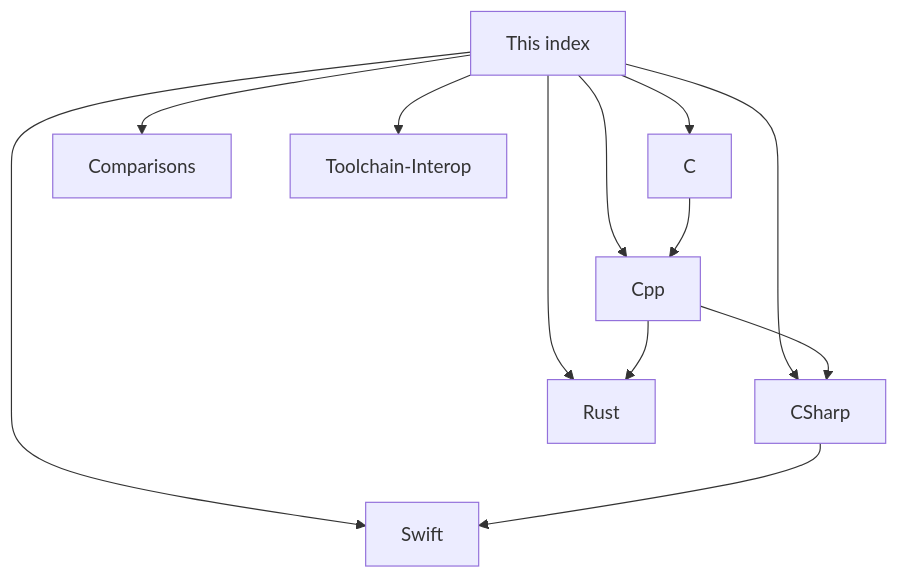
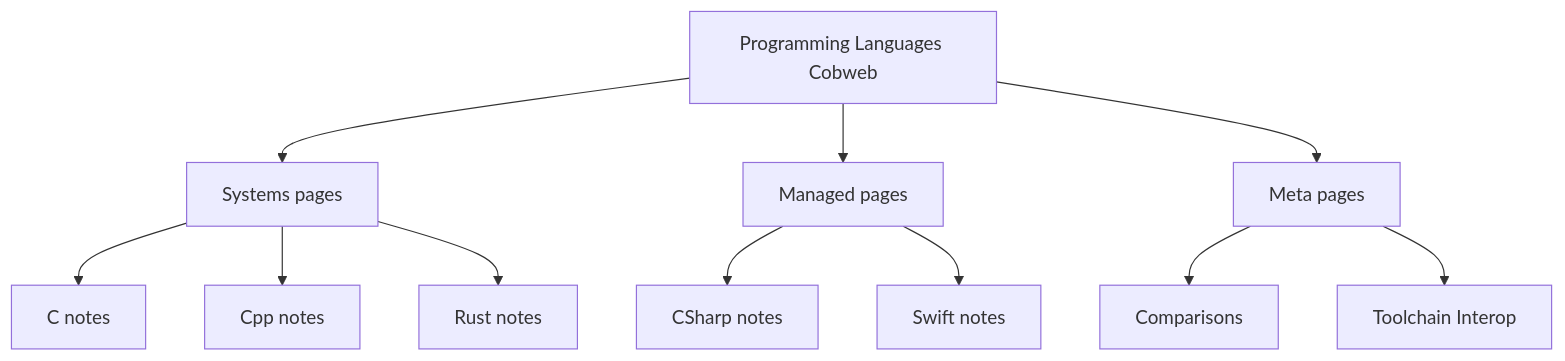
The diagram in Development/Programming-Languages/Programming-Languages-Cobweb.md (444Nazky/My-Vault), drawn with Mermaid before and after one commit. The commit also changed other lines of this file and 7 other files, not shown here.

````diff
--- a/Development/Programming-Languages/Programming-Languages-Cobweb.md
+++ b/Development/Programming-Languages/Programming-Languages-Cobweb.md
@@ -21,13 +20,13 @@
 ```mermaid
 graph TD
-    IDX[This index] --> C
-    IDX --> Cpp
-    IDX --> CSharp
-    IDX --> Swift
-    IDX --> Rust
-    IDX --> Comparisons
-    IDX --> Toolchain-Interop
-    C --> Cpp --> Rust
-    Cpp --> CSharp
-    CSharp --> Swift
+    IDX["Programming Languages Cobweb"] --> SYS["Systems pages"]
+    IDX --> MGD["Managed pages"]
+    IDX --> META["Meta pages"]
+    SYS --> C["C notes"]
+    SYS --> CPP["Cpp notes"]
+    SYS --> RS["Rust notes"]
+    MGD --> CS["CSharp notes"]
+    MGD --> SW["Swift notes"]
+    META --> CMP["Comparisons"]
+    META --> TOOL["Toolchain Interop"]
 ```
````
